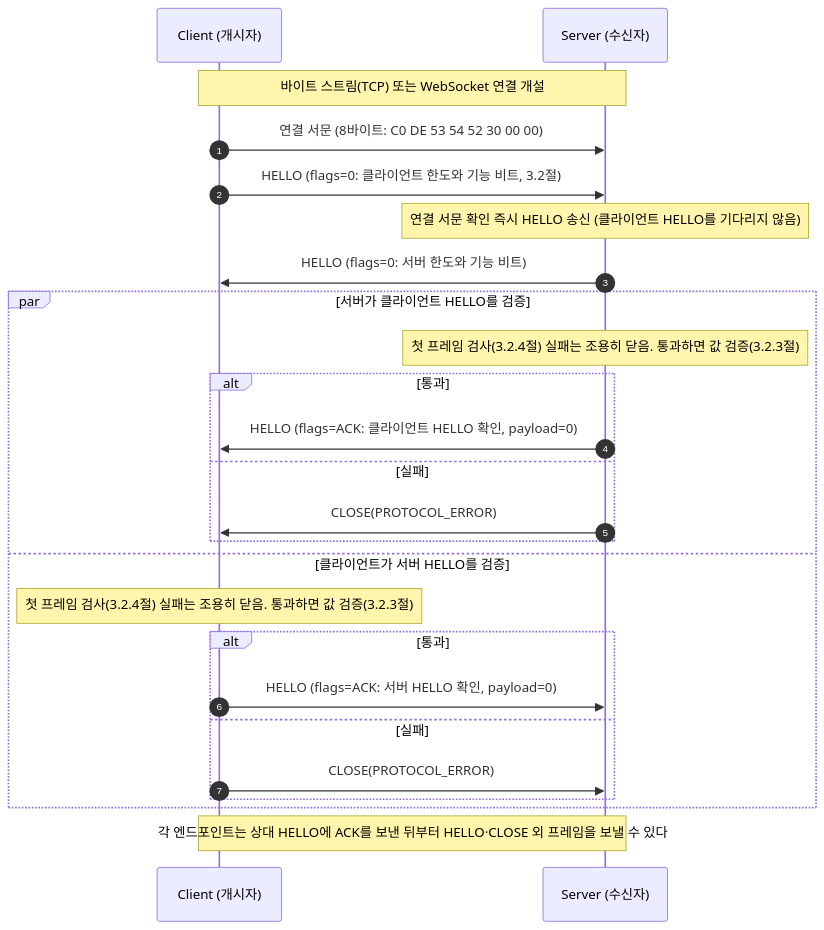
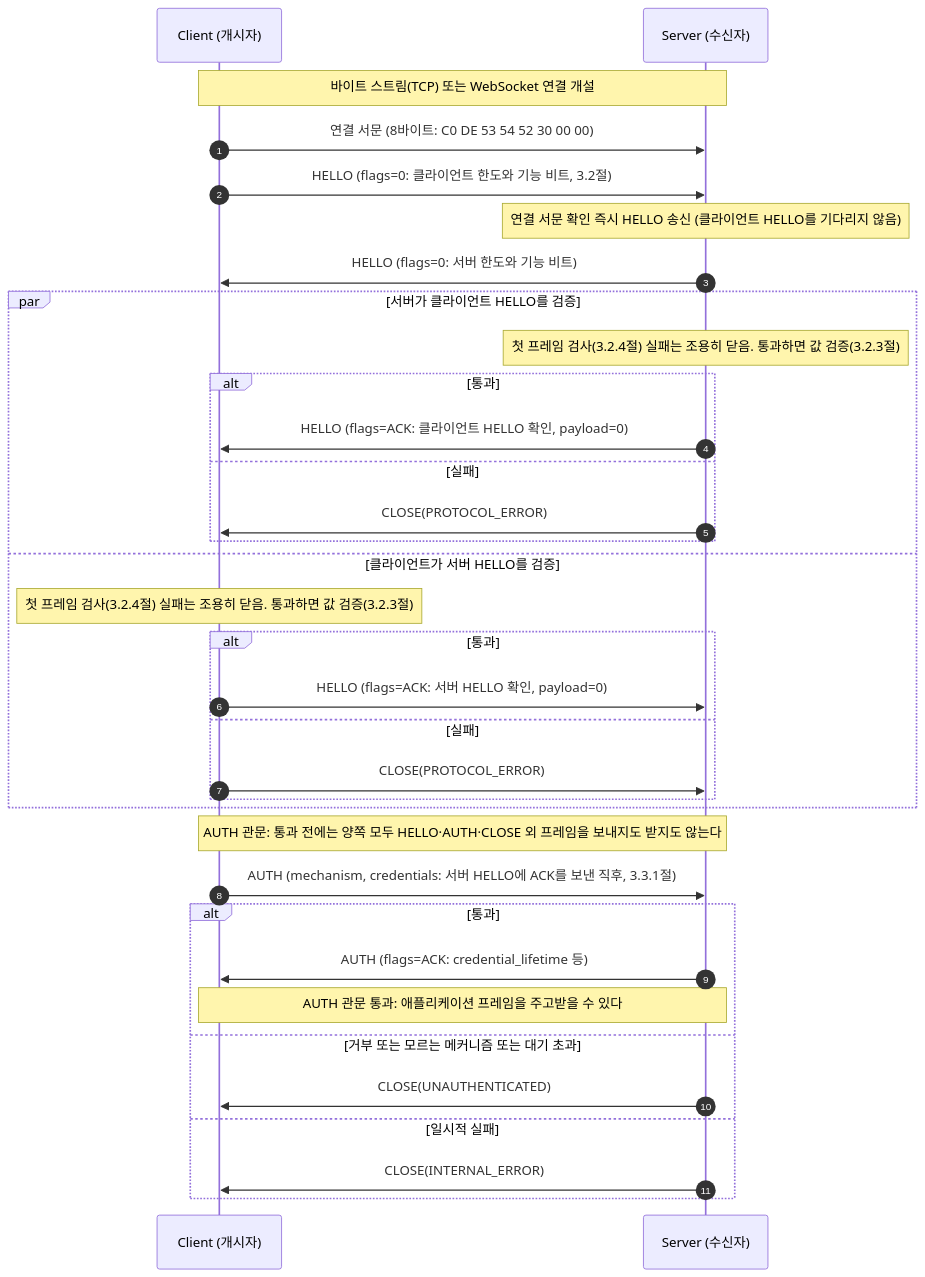
Before and after one commit to ppzxc/strand: the first of 3 diagrams in docs/specification/STRAND_SPECIFICATION.md, drawn with Mermaid. The commit also changed other lines of this file and 22 other files, not shown here.

````diff
--- a/docs/specification/STRAND_SPECIFICATION.md
+++ b/docs/specification/STRAND_SPECIFICATION.md
@@ -352,31 +363,40 @@
 ```mermaid
 sequenceDiagram
     autonumber
     participant C as Client (개시자)
     participant S as Server (수신자)
 
     Note over C,S: 바이트 스트림(TCP) 또는 WebSocket 연결 개설
     C->>S: 연결 서문 (8바이트: C0 DE 53 54 52 30 00 00)
     C->>S: HELLO (flags=0: 클라이언트 한도와 기능 비트, 3.2절)
 
     Note over S: 연결 서문 확인 즉시 HELLO 송신 (클라이언트 HELLO를 기다리지 않음)
     S->>C: HELLO (flags=0: 서버 한도와 기능 비트)
 
     par 서버가 클라이언트 HELLO를 검증
         Note over S: 첫 프레임 검사(3.2.4절) 실패는 조용히 닫음. 통과하면 값 검증(3.2.3절)
         alt 통과
             S->>C: HELLO (flags=ACK: 클라이언트 HELLO 확인, payload=0)
         else 실패
             S->>C: CLOSE(PROTOCOL_ERROR)
         end
     and 클라이언트가 서버 HELLO를 검증
         Note over C: 첫 프레임 검사(3.2.4절) 실패는 조용히 닫음. 통과하면 값 검증(3.2.3절)
         alt 통과
             C->>S: HELLO (flags=ACK: 서버 HELLO 확인, payload=0)
         else 실패
             C->>S: CLOSE(PROTOCOL_ERROR)
         end
     end
 
-    Note over C,S: 각 엔드포인트는 상대 HELLO에 ACK를 보낸 뒤부터 HELLO·CLOSE 외 프레임을 보낼 수 있다
+    Note over C,S: AUTH 관문: 통과 전에는 양쪽 모두 HELLO·AUTH·CLOSE 외 프레임을 보내지도 받지도 않는다
+    C->>S: AUTH (mechanism, credentials: 서버 HELLO에 ACK를 보낸 직후, 3.3.1절)
+    alt 통과
+        S->>C: AUTH (flags=ACK: credential_lifetime 등)
+        Note over C,S: AUTH 관문 통과: 애플리케이션 프레임을 주고받을 수 있다
+    else 거부 또는 모르는 메커니즘 또는 대기 초과
+        S->>C: CLOSE(UNAUTHENTICATED)
+    else 일시적 실패
+        S->>C: CLOSE(INTERNAL_ERROR)
+    end
 ```
````
